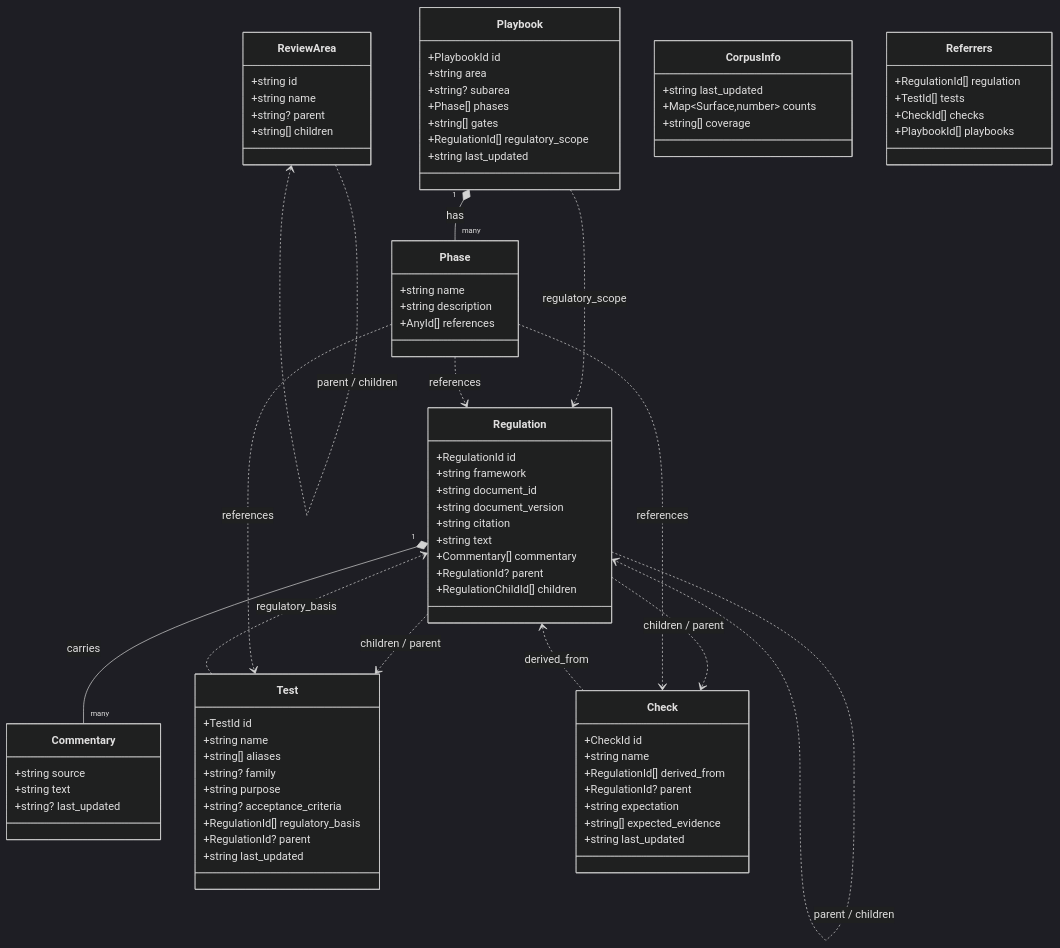
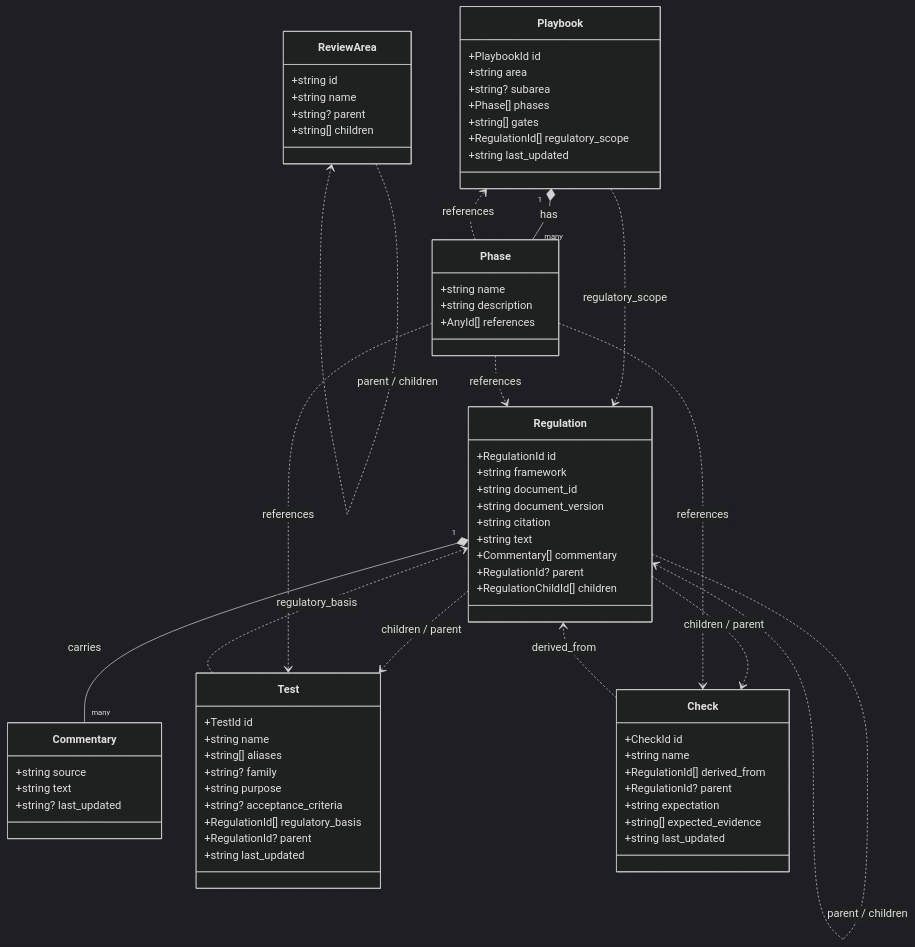
Before and after one commit to rhozacc/prudent-mcp: the first of 2 diagrams in docs/guide/architecture.md, drawn with Mermaid (dark theme). The commit also changed other lines of this file and 7 other files, not shown here.

First line of the commit message:
docs: render mermaid diagrams and declutter them

````diff
--- a/docs/guide/architecture.md
+++ b/docs/guide/architecture.md
@@ -134,19 +134,6 @@
         +string[] children
     }
 
-    class CorpusInfo {
-        +string last_updated
-        +Map~Surface,number~ counts
-        +string[] coverage
-    }
-
-    class Referrers {
-        +RegulationId[] regulation
-        +TestId[] tests
-        +CheckId[] checks
-        +PlaybookId[] playbooks
-    }
-
     Regulation "1" *-- "many" Commentary : carries
     Playbook "1" *-- "many" Phase : has
     Regulation ..> Regulation : parent / children
@@ -158,5 +145,6 @@
     Phase ..> Regulation : references
     Phase ..> Test : references
     Phase ..> Check : references
+    Phase ..> Playbook : references
     ReviewArea ..> ReviewArea : parent / children
 ```
````
